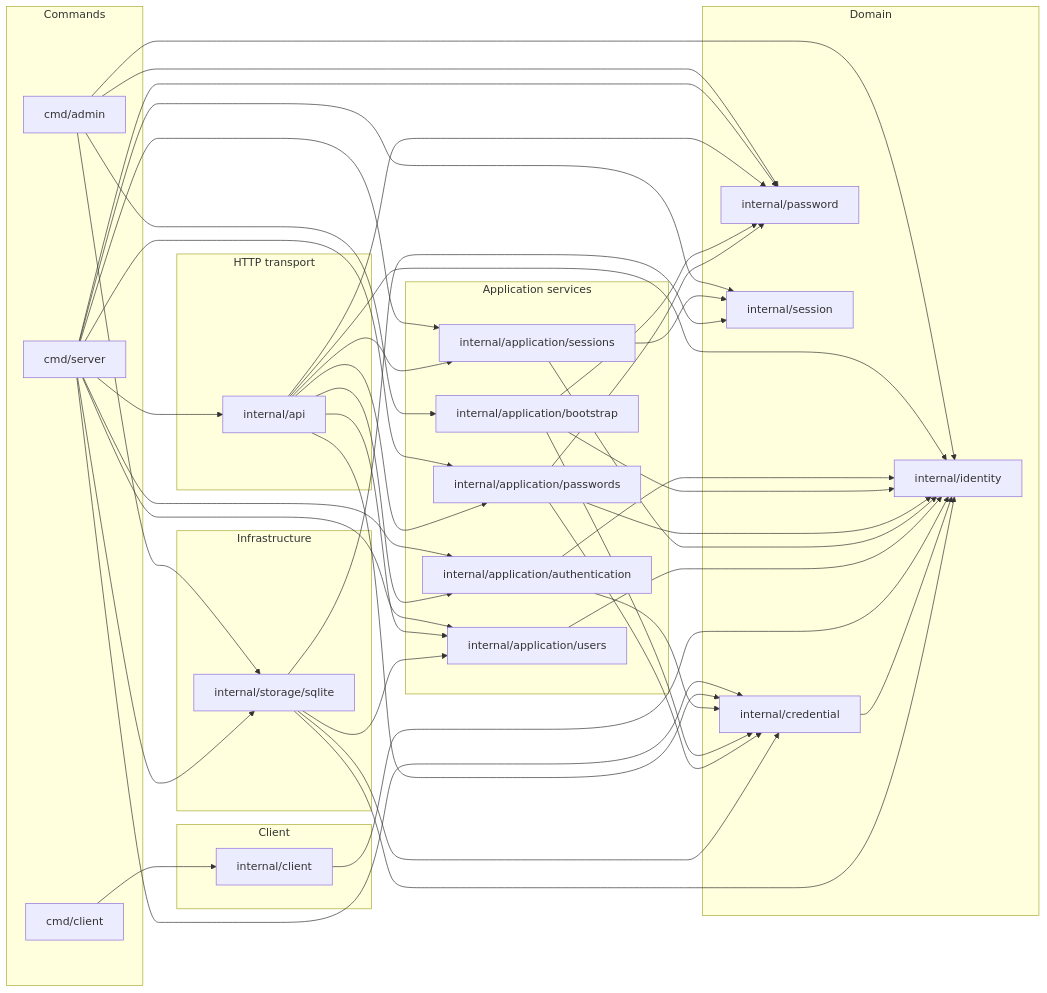
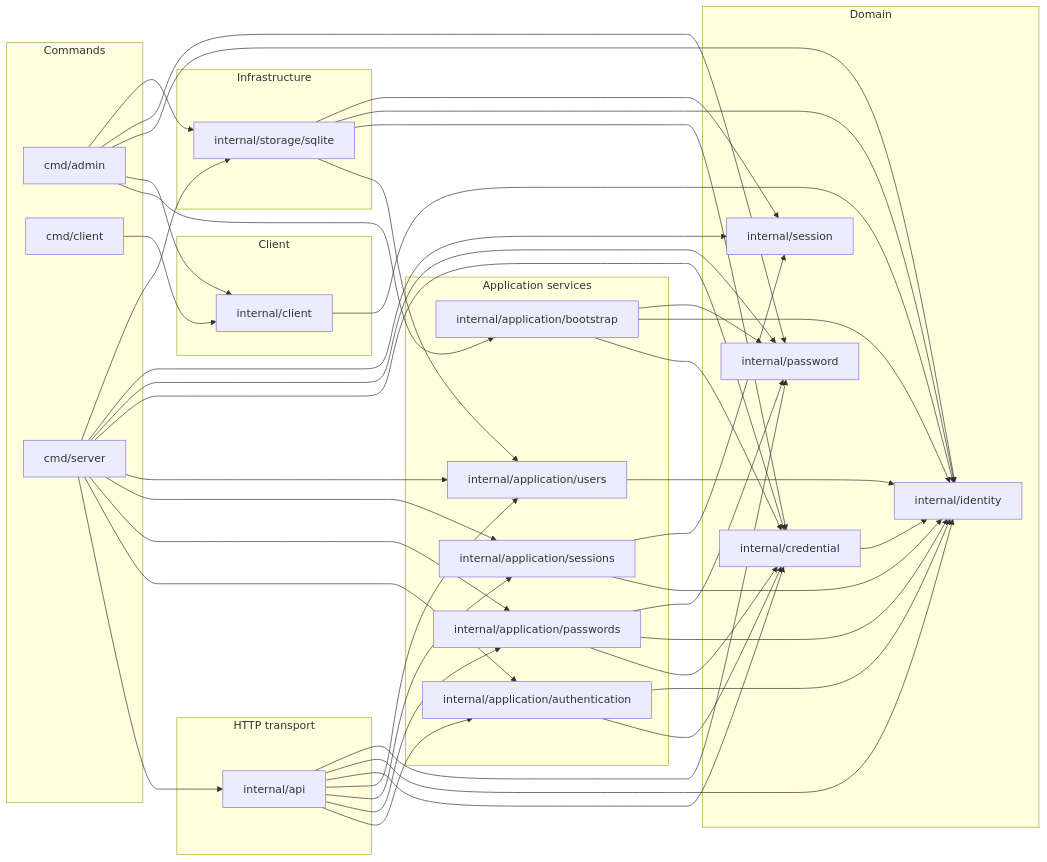
One commit to ebe542/go-mediaarchive changed the diagram in docs/architecture.md. Above: the diagram before and after it, drawn with Mermaid. The commit also changed 4 other files, not shown here.

````diff
--- a/docs/architecture.md
+++ b/docs/architecture.md
@@ -21,68 +21,69 @@
 ```mermaid
 flowchart LR
   subgraph commands["Commands"]
     package0["cmd/admin"]
     package1["cmd/client"]
     package2["cmd/server"]
   end
   subgraph transport["HTTP transport"]
     package3["internal/api"]
   end
   subgraph application["Application services"]
     package4["internal/application/authentication"]
     package5["internal/application/bootstrap"]
     package6["internal/application/passwords"]
     package7["internal/application/sessions"]
     package8["internal/application/users"]
   end
   subgraph domain["Domain"]
     package10["internal/credential"]
     package11["internal/identity"]
     package12["internal/password"]
     package13["internal/session"]
   end
   subgraph infrastructure["Infrastructure"]
     package14["internal/storage/sqlite"]
   end
   subgraph client["Client"]
     package9["internal/client"]
   end
   package0 --> package5
+  package0 --> package9
   package0 --> package11
   package0 --> package12
   package0 --> package14
   package1 --> package9
   package2 --> package3
   package2 --> package4
   package2 --> package6
   package2 --> package7
   package2 --> package8
   package2 --> package10
   package2 --> package12
   package2 --> package13
   package2 --> package14
   package3 --> package4
   package3 --> package6
   package3 --> package7
   package3 --> package8
   package3 --> package10
   package3 --> package11
   package3 --> package12
   package4 --> package10
   package4 --> package11
   package5 --> package10
   package5 --> package11
   package5 --> package12
   package6 --> package10
   package6 --> package11
   package6 --> package12
   package7 --> package11
   package7 --> package13
   package8 --> package11
   package9 --> package11
   package10 --> package11
   package14 --> package8
   package14 --> package10
   package14 --> package11
   package14 --> package13
 ```
````
